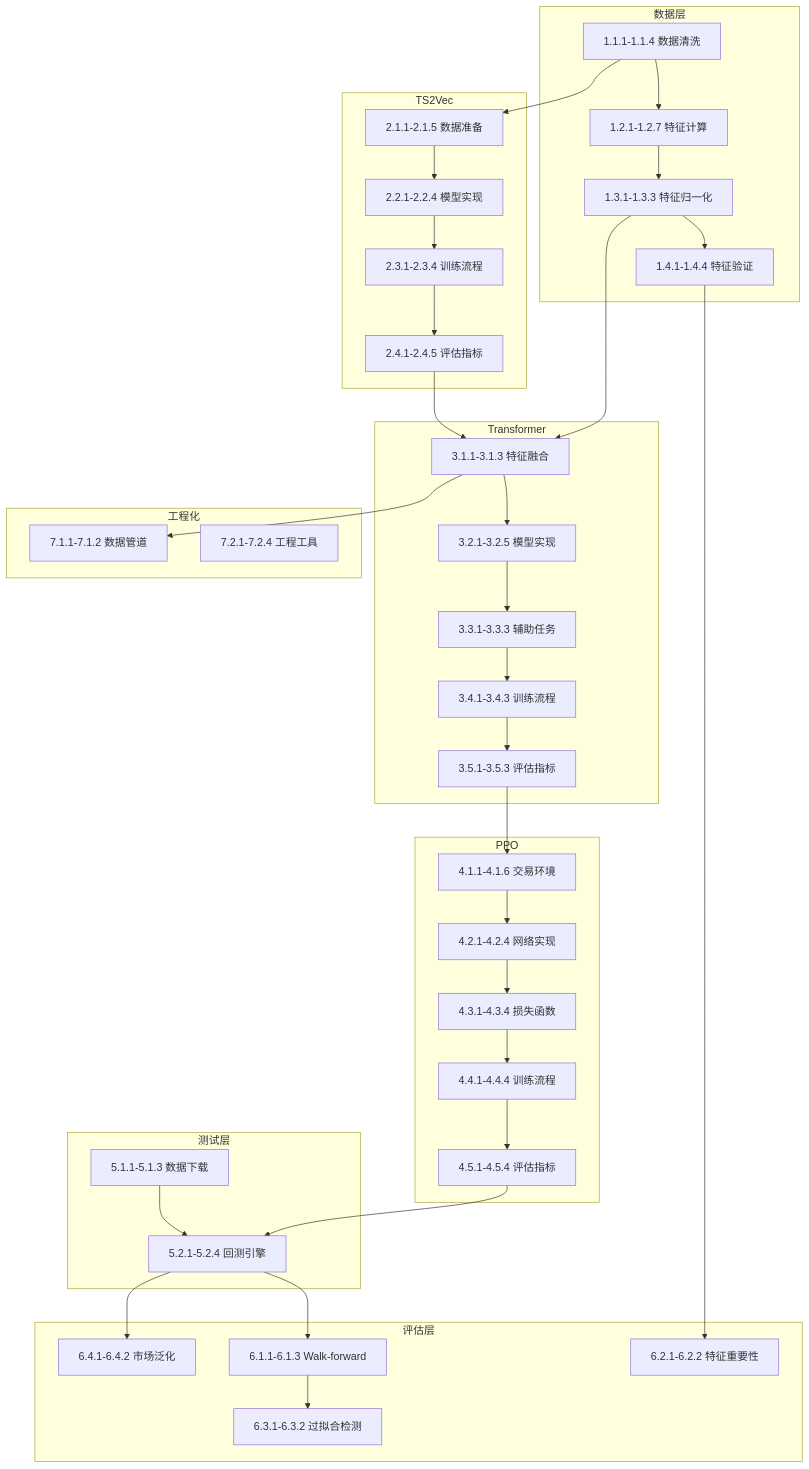
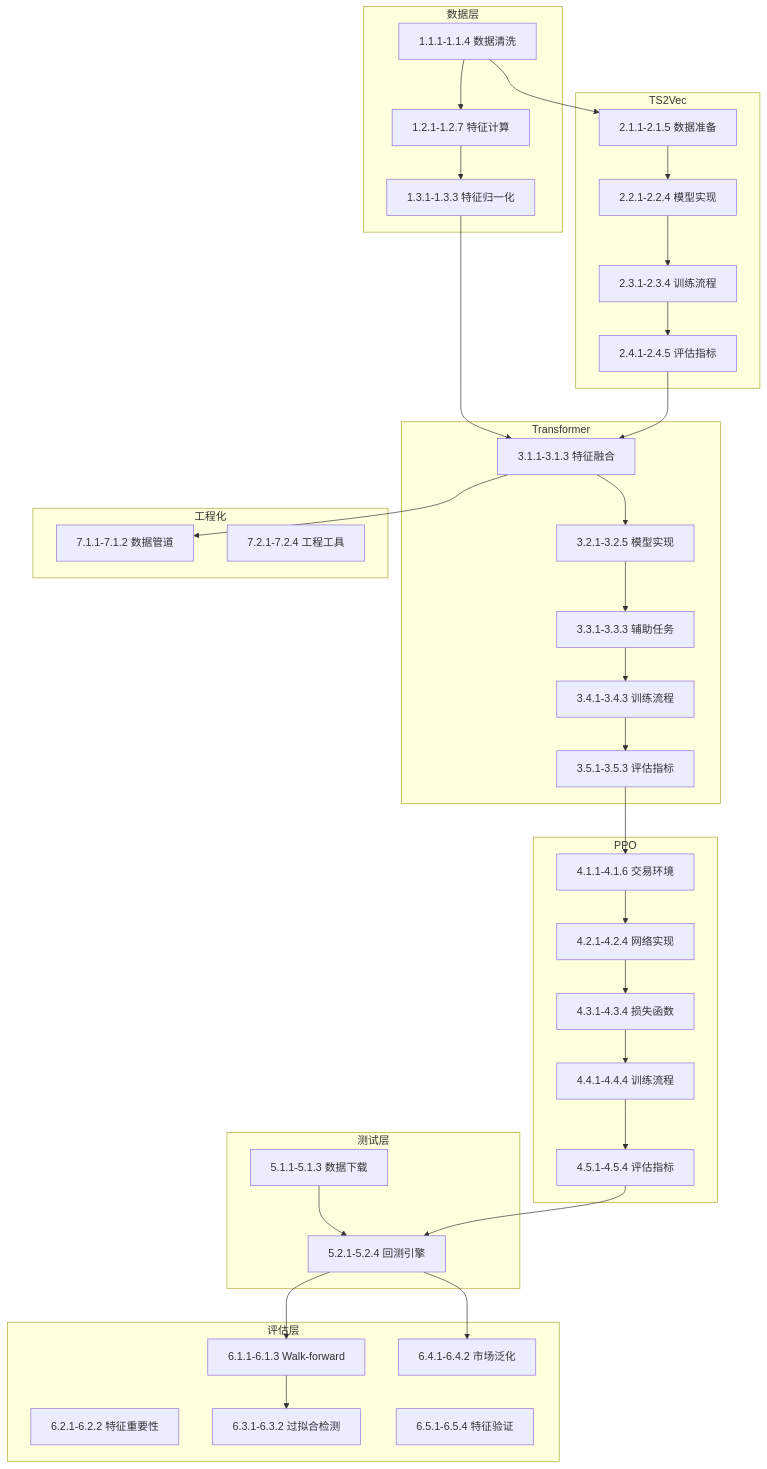
Before and after one commit to X-xiexianhui/ai-trader: the diagram in task.md, drawn with Mermaid. The commit also changed other lines of this file and 6 other files, not shown here.

````diff
--- a/task.md
+++ b/task.md
@@ -2821,55 +2816,54 @@
 ```mermaid
 graph TB
     subgraph 数据层
         A1[1.1.1-1.1.4 数据清洗] --> A2[1.2.1-1.2.7 特征计算]
         A2 --> A3[1.3.1-1.3.3 特征归一化]
-        A3 --> A4[1.4.1-1.4.4 特征验证]
     end
     
     subgraph TS2Vec
         B1[2.1.1-2.1.5 数据准备] --> B2[2.2.1-2.2.4 模型实现]
         B2 --> B3[2.3.1-2.3.4 训练流程]
         B3 --> B4[2.4.1-2.4.5 评估指标]
     end
     
     subgraph Transformer
         C1[3.1.1-3.1.3 特征融合] --> C2[3.2.1-3.2.5 模型实现]
         C2 --> C3[3.3.1-3.3.3 辅助任务]
         C3 --> C4[3.4.1-3.4.3 训练流程]
         C4 --> C5[3.5.1-3.5.3 评估指标]
     end
     
     subgraph PPO
         D1[4.1.1-4.1.6 交易环境] --> D2[4.2.1-4.2.4 网络实现]
         D2 --> D3[4.3.1-4.3.4 损失函数]
         D3 --> D4[4.4.1-4.4.4 训练流程]
         D4 --> D5[4.5.1-4.5.4 评估指标]
     end
     
     subgraph 测试层
         E1[5.1.1-5.1.3 数据下载] --> E2[5.2.1-5.2.4 回测引擎]
     end
     
     subgraph 评估层
         F1[6.1.1-6.1.3 Walk-forward] 
         F2[6.2.1-6.2.2 特征重要性]
         F3[6.3.1-6.3.2 过拟合检测]
         F4[6.4.1-6.4.2 市场泛化]
+        F5[6.5.1-6.5.4 特征验证]
     end
     
     subgraph 工程化
         G1[7.1.1-7.1.2 数据管道]
         G2[7.2.1-7.2.4 工程工具]
     end
     
     A1 --> B1
     A3 --> C1
     B4 --> C1
     C5 --> D1
     D5 --> E2
     E2 --> F1
-    A4 --> F2
     F1 --> F3
     E2 --> F4
     C1 --> G1
 ```
````
